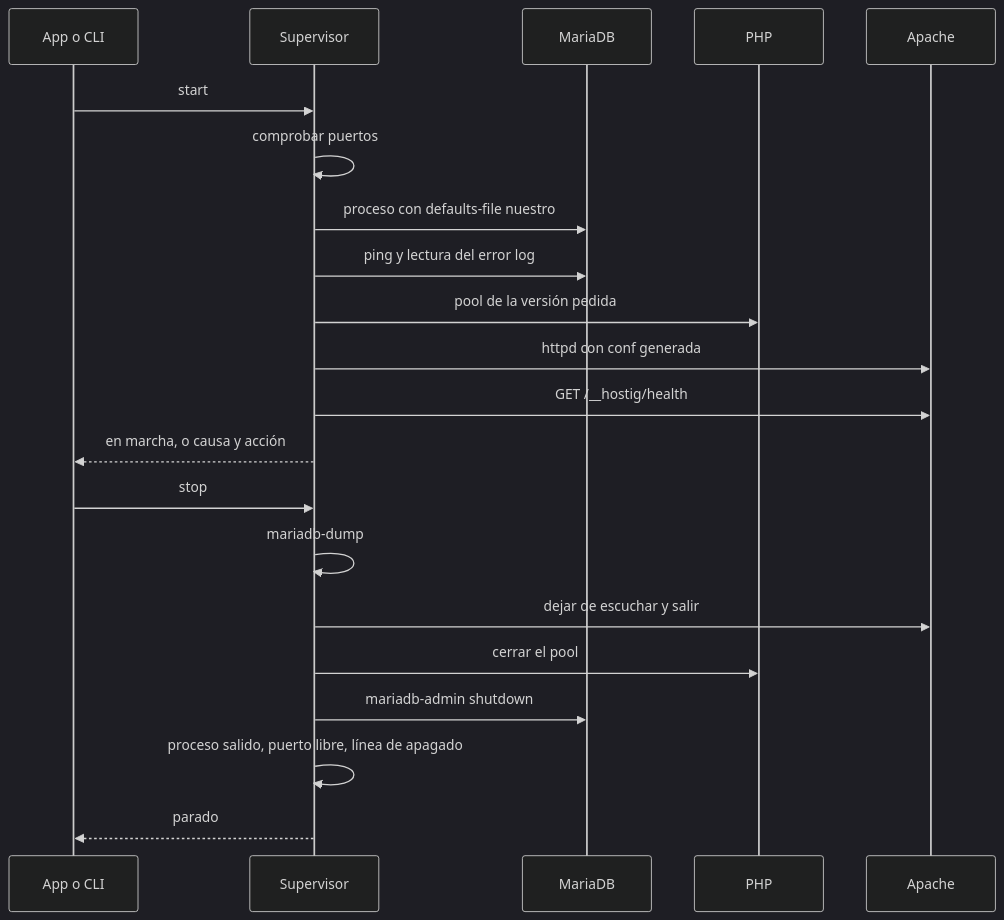
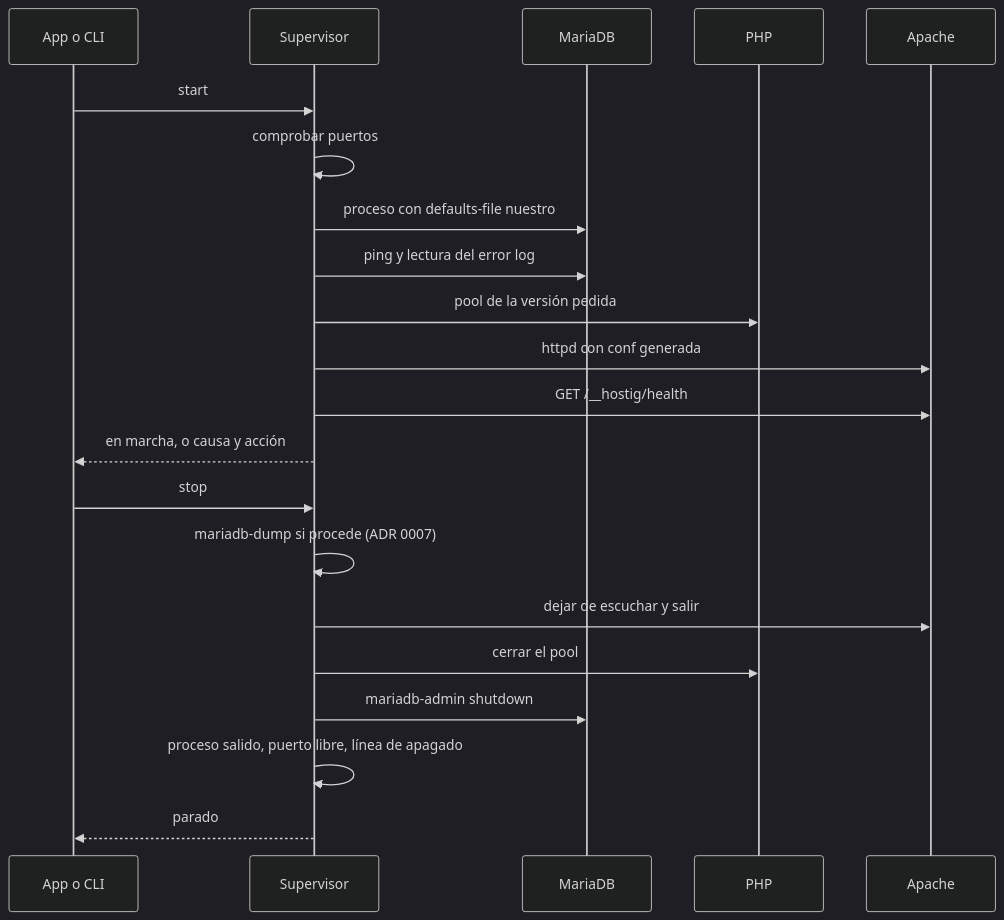
One commit to JaumeAG/hostig changed the second of 2 diagrams in docs/ARCHITECTURE.md. Above: the diagram before and after it, drawn with Mermaid (dark theme). The commit also changed other lines of this file and 4 other files, not shown here.

````diff
--- a/docs/ARCHITECTURE.md
+++ b/docs/ARCHITECTURE.md
@@ -71,25 +71,25 @@
 ```mermaid
 sequenceDiagram
   participant UI as App o CLI
   participant S as Supervisor
   participant M as MariaDB
   participant P as PHP
   participant A as Apache
 
   UI->>S: start
   S->>S: comprobar puertos
   S->>M: proceso con defaults-file nuestro
   S->>M: ping y lectura del error log
   S->>P: pool de la versión pedida
   S->>A: httpd con conf generada
   S->>A: GET /__hostig/health
   S-->>UI: en marcha, o causa y acción
 
   UI->>S: stop
-  S->>S: mariadb-dump
+  S->>S: mariadb-dump si procede (ADR 0007)
   S->>A: dejar de escuchar y salir
   S->>P: cerrar el pool
   S->>M: mariadb-admin shutdown
   S->>S: proceso salido, puerto libre, línea de apagado
   S-->>UI: parado
 ```
````
